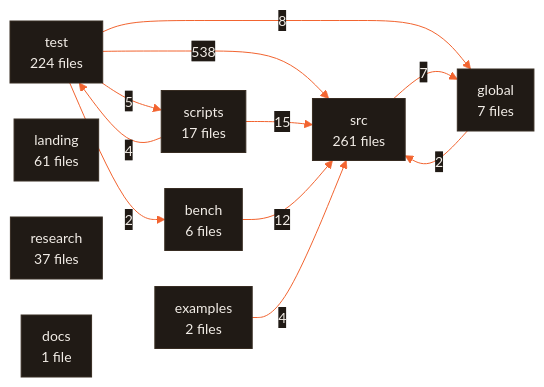
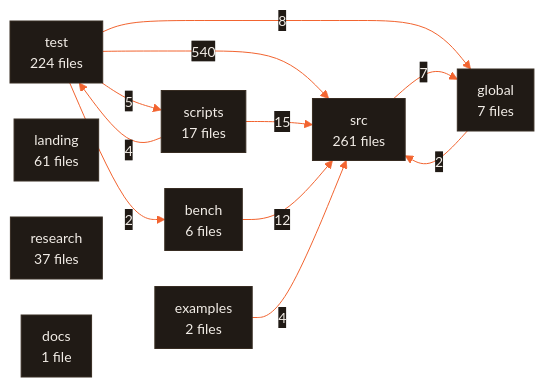
One commit to CodeWithJuber/forgekit changed the diagram in ARCHITECTURE.md. Above: the diagram before and after it, drawn with Mermaid. The commit also changed 15 other files, not shown here.

````diff
--- a/ARCHITECTURE.md
+++ b/ARCHITECTURE.md
@@ -677,23 +677,23 @@
 ```mermaid
 %%{init: {'theme':'base','themeVariables':{'primaryColor':'#201a15','primaryTextColor':'#f2ede7','primaryBorderColor':'#372c22','lineColor':'#f26430','secondaryColor':'#272019','tertiaryColor':'#171310','edgeLabelBackground':'#201a15','clusterBkg':'#171310','clusterBorder':'#4a3b2e','fontFamily':'ui-sans-serif, system-ui, sans-serif','fontSize':'14px'},'flowchart':{'curve':'basis','padding':10,'nodeSpacing':36,'rankSpacing':44}}}%%
 flowchart LR
   src["src<br/>261 files"]
   test["test<br/>224 files"]
   landing["landing<br/>61 files"]
   research["research<br/>37 files"]
   scripts["scripts<br/>17 files"]
   global["global<br/>7 files"]
   bench["bench<br/>6 files"]
   examples["examples<br/>2 files"]
   docs["docs<br/>1 file"]
-  test -- 538 --> src
+  test -- 540 --> src
   scripts -- 15 --> src
   bench -- 12 --> src
   test -- 8 --> global
   src -- 7 --> global
   test -- 5 --> scripts
   examples -- 4 --> src
   scripts -- 4 --> test
   global -- 2 --> src
   test -- 2 --> bench
 ```
````
